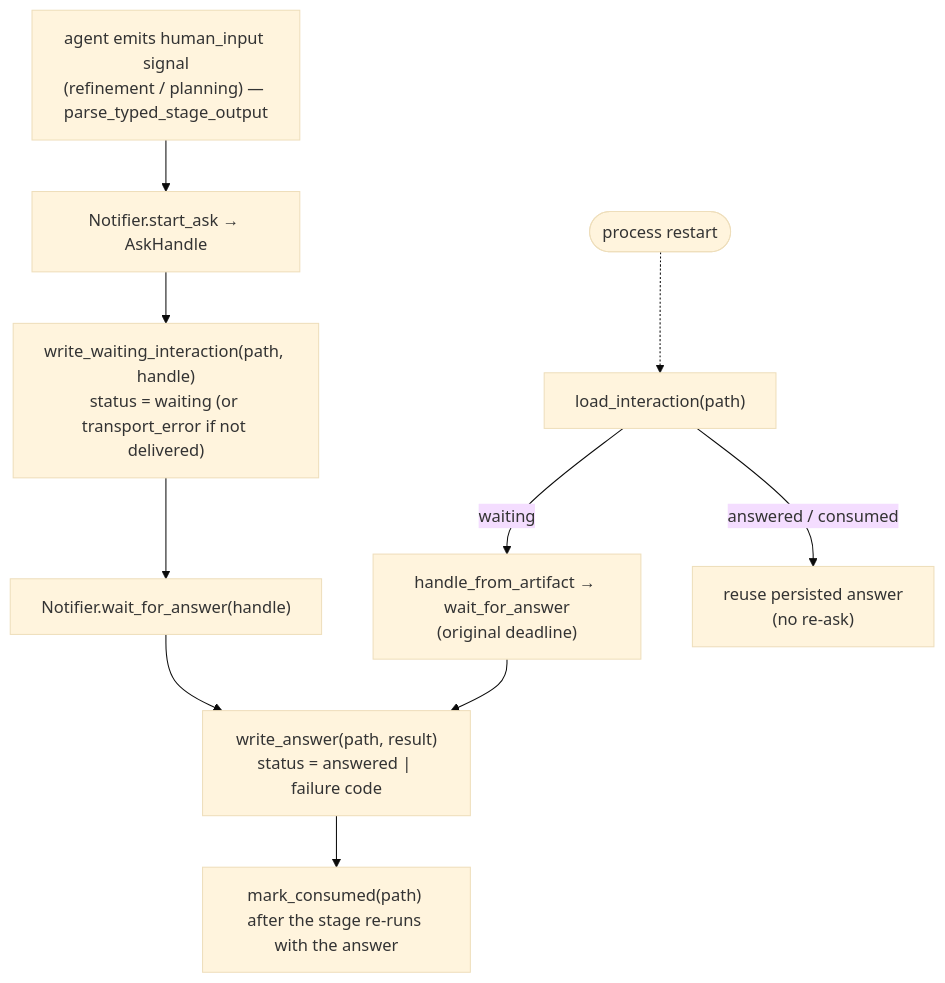
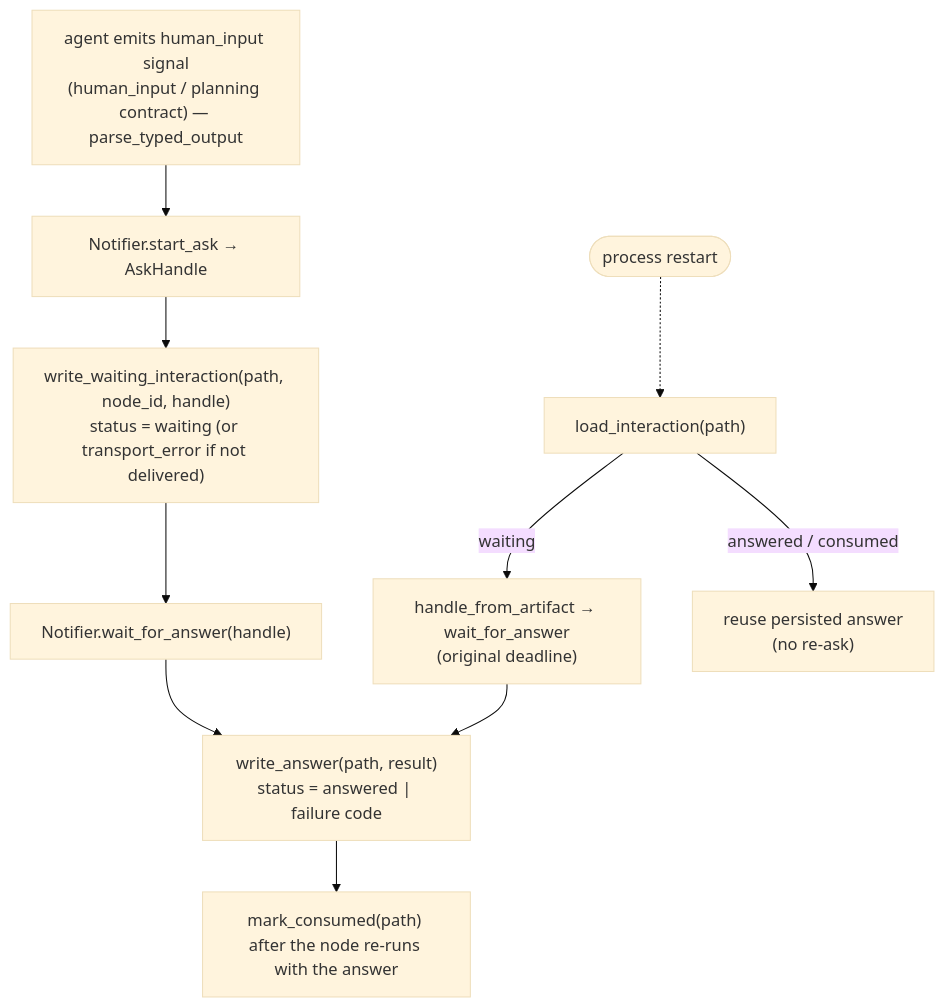
One commit to VladimirMakarevich/wastech-orchestrator changed the diagram in docs/functional/blocks/B12-hitl-and-typed-output.md. Above: the diagram before and after it, drawn with Mermaid (base theme). The commit also changed other lines of this file and 51 other files, not shown here.

First line of the commit message:
fix: refactor stage references to node_id in tests

````diff
--- a/docs/functional/blocks/B12-hitl-and-typed-output.md
+++ b/docs/functional/blocks/B12-hitl-and-typed-output.md
@@ -57,12 +58,12 @@
 ```mermaid
 flowchart TB
-    sig["agent emits human_input signal<br/>(refinement / planning) — parse_typed_stage_output"] --> start["Notifier.start_ask → AskHandle"]
-    start --> ww["write_waiting_interaction(path, handle)<br/>status = waiting (or transport_error if not delivered)"]
+    sig["agent emits human_input signal<br/>(human_input / planning contract) — parse_typed_output"] --> start["Notifier.start_ask → AskHandle"]
+    start --> ww["write_waiting_interaction(path, node_id, handle)<br/>status = waiting (or transport_error if not delivered)"]
     ww --> wait["Notifier.wait_for_answer(handle)"]
     wait --> wa["write_answer(path, result)<br/>status = answered | failure code"]
-    wa --> consumed["mark_consumed(path) after the stage re-runs with the answer"]
+    wa --> consumed["mark_consumed(path) after the node re-runs with the answer"]
     crash(["process restart"]) -.-> load["load_interaction(path)"]
     load -->|"waiting"| handle["handle_from_artifact → wait_for_answer<br/>(original deadline)"]
     handle --> wa
     load -->|"answered / consumed"| reuse["reuse persisted answer<br/>(no re-ask)"]
 ```
````
